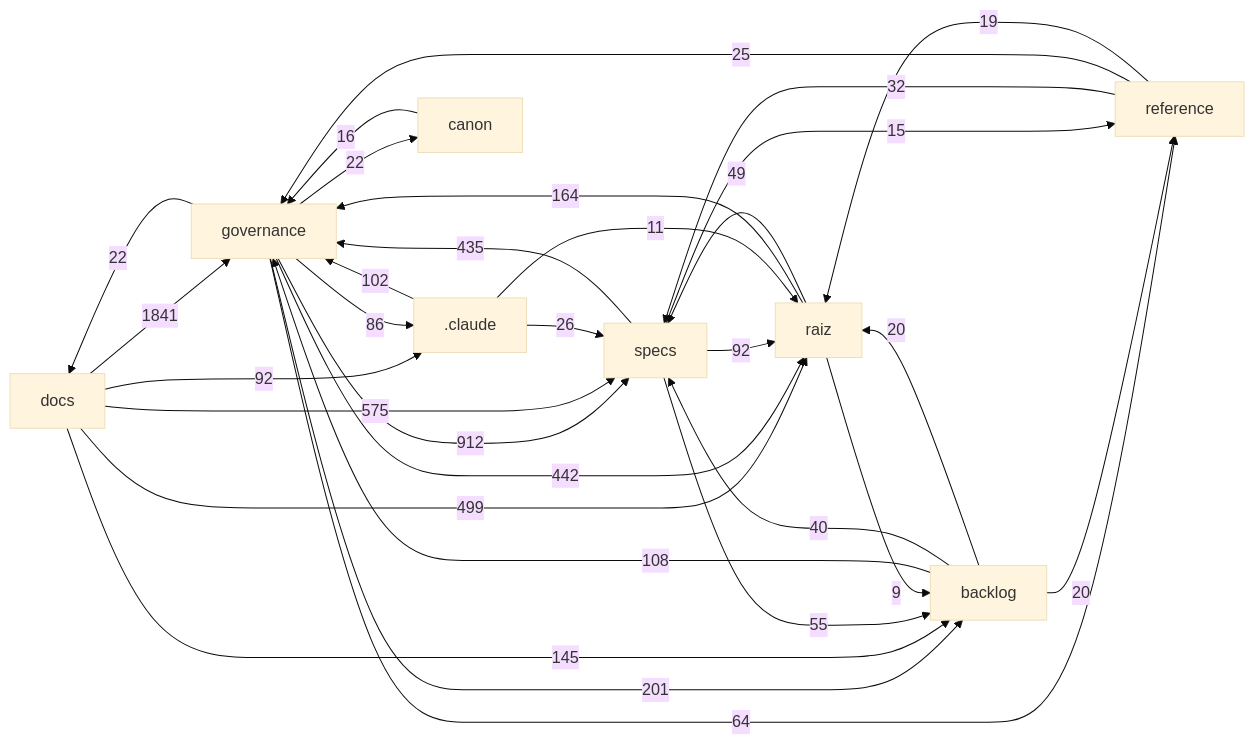
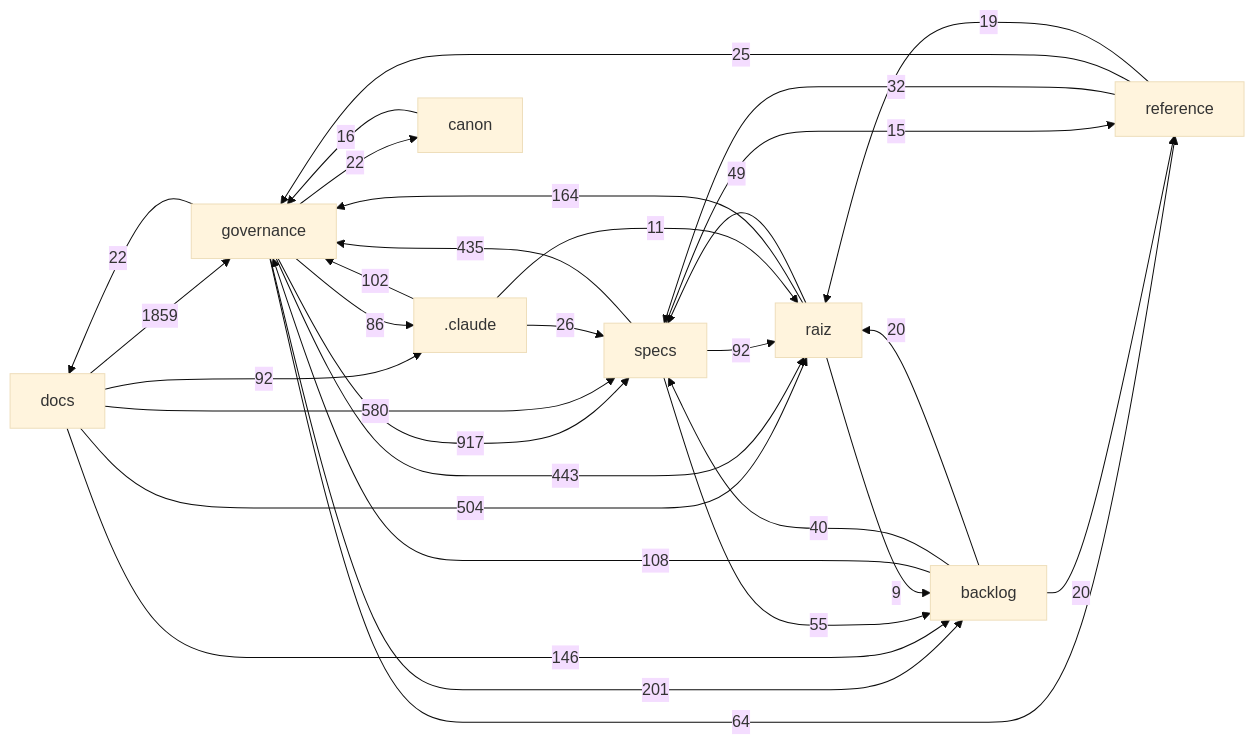
One commit to Andraus35/Sistema-Operacional-de-Trading--SOT changed the diagram in docs/mapa/MAPA-PROJETO.md. Above: the diagram before and after it, drawn with Mermaid (base theme). The commit also changed other lines of this file and 7 other files, not shown here.

````diff
--- a/docs/mapa/MAPA-PROJETO.md
+++ b/docs/mapa/MAPA-PROJETO.md
@@ -29,33 +29,33 @@
 ```mermaid
 flowchart LR
-  docs["docs"] -->|1841| governance["governance"]
-  governance["governance"] -->|912| specs["specs"]
-  docs["docs"] -->|575| specs["specs"]
-  docs["docs"] -->|499| raiz["raiz"]
-  governance["governance"] -->|442| raiz["raiz"]
+  docs["docs"] -->|1859| governance["governance"]
+  governance["governance"] -->|917| specs["specs"]
+  docs["docs"] -->|580| specs["specs"]
+  docs["docs"] -->|504| raiz["raiz"]
+  governance["governance"] -->|443| raiz["raiz"]
   specs["specs"] -->|435| governance["governance"]
   governance["governance"] -->|201| backlog["backlog"]
   raiz["raiz"] -->|164| governance["governance"]
-  docs["docs"] -->|145| backlog["backlog"]
+  docs["docs"] -->|146| backlog["backlog"]
   backlog["backlog"] -->|108| governance["governance"]
   _claude[".claude"] -->|102| governance["governance"]
   docs["docs"] -->|92| _claude[".claude"]
   specs["specs"] -->|92| raiz["raiz"]
   governance["governance"] -->|86| _claude[".claude"]
   governance["governance"] -->|64| reference["reference"]
   specs["specs"] -->|55| backlog["backlog"]
   raiz["raiz"] -->|49| specs["specs"]
   backlog["backlog"] -->|40| specs["specs"]
   reference["reference"] -->|32| specs["specs"]
   _claude[".claude"] -->|26| specs["specs"]
   reference["reference"] -->|25| governance["governance"]
   governance["governance"] -->|22| docs["docs"]
   governance["governance"] -->|22| canon["canon"]
   backlog["backlog"] -->|20| raiz["raiz"]
   backlog["backlog"] -->|20| reference["reference"]
   reference["reference"] -->|19| raiz["raiz"]
   canon["canon"] -->|16| governance["governance"]
   specs["specs"] -->|15| reference["reference"]
   _claude[".claude"] -->|11| raiz["raiz"]
   raiz["raiz"] -->|9| backlog["backlog"]
 ```
````
